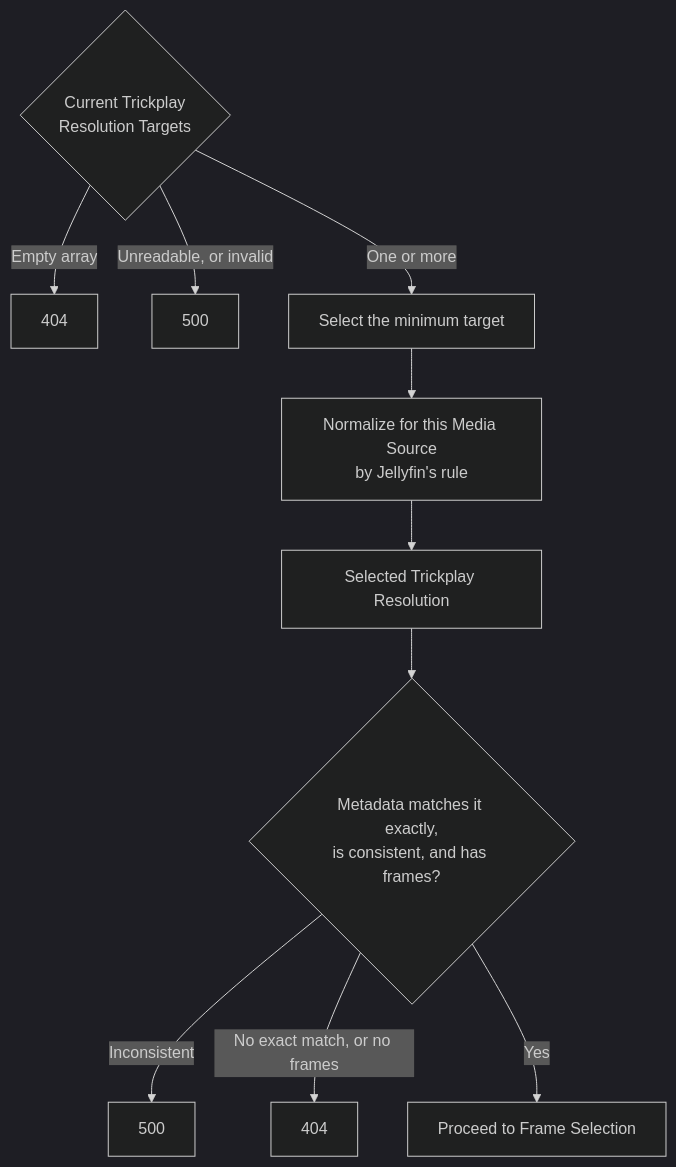
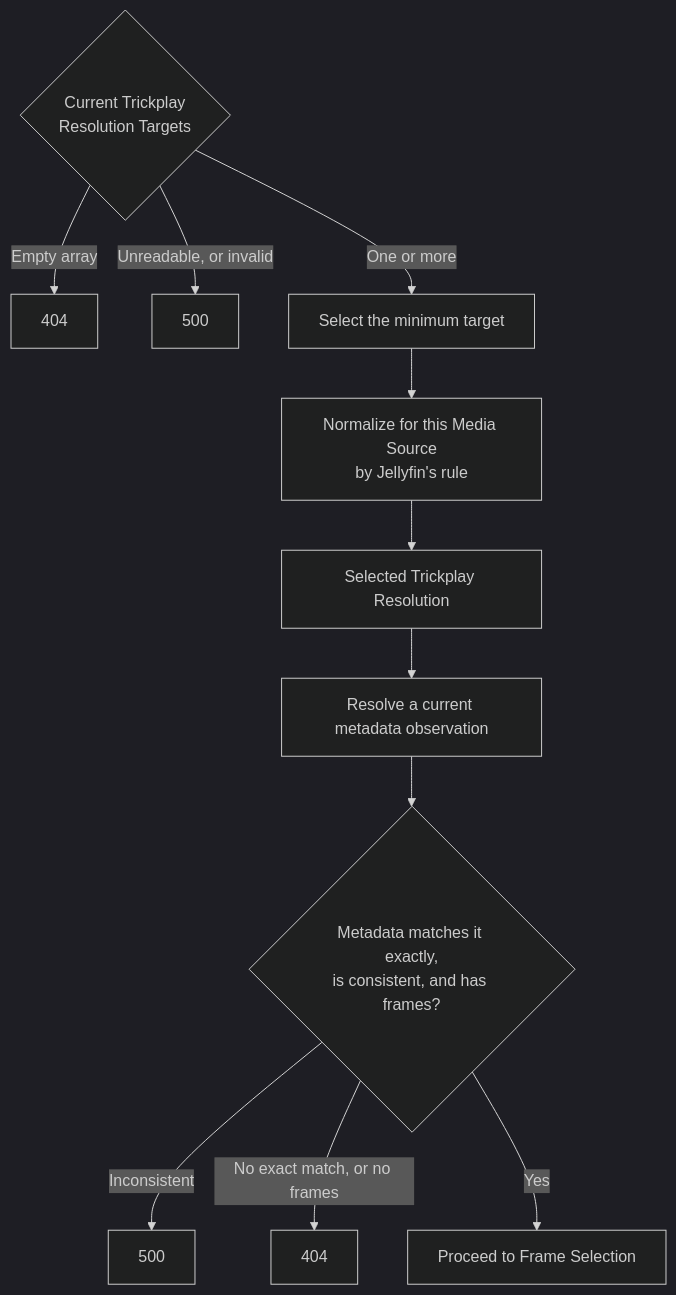
The second of 2 diagrams in docs/business/lifecycle/source-resolution.md (xiakeng/trickplay-cropper), drawn with Mermaid (dark theme) before and after one commit. The commit also changed other lines of this file and 30 other files, not shown here.

````diff
--- a/docs/business/lifecycle/source-resolution.md
+++ b/docs/business/lifecycle/source-resolution.md
@@ -128,12 +161,13 @@
 ```mermaid
 flowchart TD
     Targets{"Current Trickplay<br/>Resolution Targets"} -->|"Empty array"| B1["404"]
     Targets -->|"Unreadable, or invalid"| B2["500"]
     Targets -->|"One or more"| Min["Select the minimum target"]
     Min --> Normalize["Normalize for this Media Source<br/>by Jellyfin's rule"]
     Normalize --> Selected["Selected Trickplay Resolution"]
-    Selected --> Match{"Metadata matches it exactly,<br/>is consistent, and has frames?"}
+    Selected --> Observe["Resolve a current metadata observation"]
+    Observe --> Match{"Metadata matches it exactly,<br/>is consistent, and has frames?"}
     Match -->|"Inconsistent"| B3["500"]
     Match -->|"No exact match, or no frames"| B4["404"]
     Match -->|"Yes"| Done["Proceed to Frame Selection"]
 ```
````
